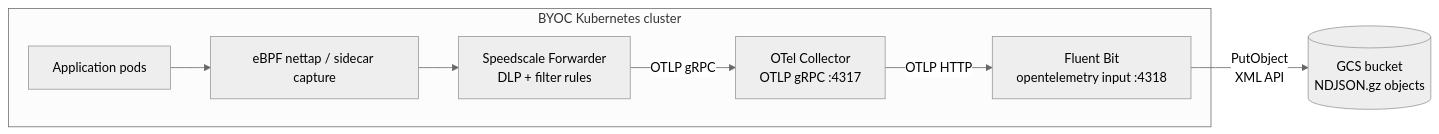
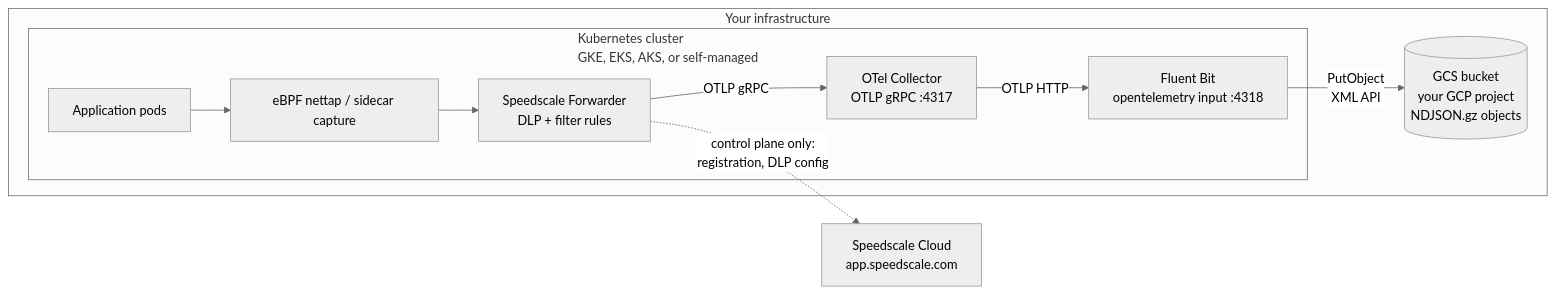
The diagram in charts/fluentbit-gcs/README.md (speedscale/speedscale-byoc), drawn with Mermaid (neutral theme) before and after one commit. The commit also changed other lines of this file and 5 other files, not shown here.

First line of the commit message:
docs: show cloud and tenant boundaries in BYOC architecture diagrams (#41)

````diff
--- a/charts/fluentbit-gcs/README.md
+++ b/charts/fluentbit-gcs/README.md
@@ -13,16 +13,20 @@
 ```mermaid
 flowchart LR
-  subgraph K8s[BYOC Kubernetes cluster]
-    Apps[Application pods]
-    Cap[eBPF nettap / sidecar capture]
-    Fwd[Speedscale Forwarder<br/>DLP + filter rules]
-    OTel[OTel Collector<br/>OTLP gRPC :4317]
-    FB[Fluent Bit<br/>opentelemetry input :4318]
+  subgraph Yours[Your infrastructure]
+    subgraph K8s[Kubernetes cluster<br/>GKE, EKS, AKS, or self-managed]
+      Apps[Application pods]
+      Cap[eBPF nettap / sidecar capture]
+      Fwd[Speedscale Forwarder<br/>DLP + filter rules]
+      OTel[OTel Collector<br/>OTLP gRPC :4317]
+      FB[Fluent Bit<br/>opentelemetry input :4318]
+    end
+    GCS[(GCS bucket<br/>your GCP project<br/>NDJSON.gz objects)]
   end
-  GCS[(GCS bucket<br/>NDJSON.gz objects)]
+  SC[Speedscale Cloud<br/>app.speedscale.com]
 
   Apps --> Cap --> Fwd
   Fwd -->|OTLP gRPC| OTel
   OTel -->|OTLP HTTP| FB
   FB -->|PutObject<br/>XML API| GCS
+  Fwd -.->|control plane only:<br/>registration, DLP config| SC
 ```
````
